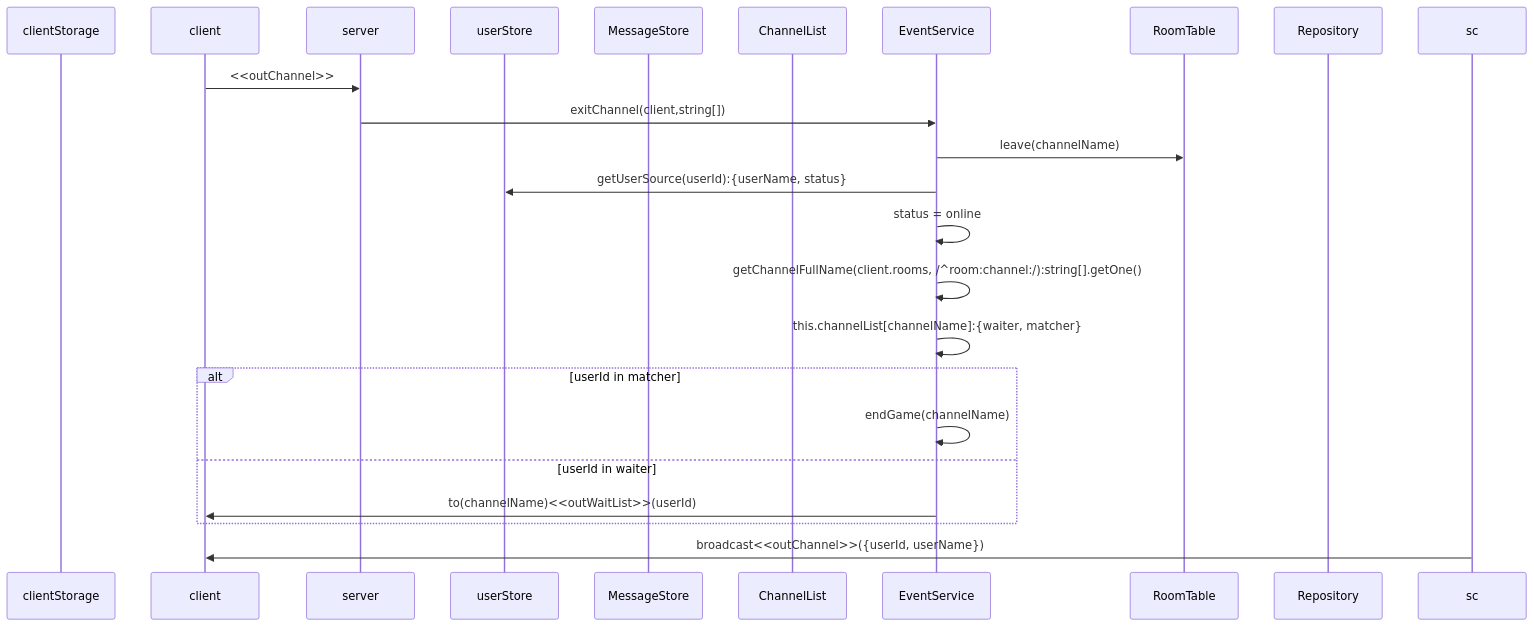
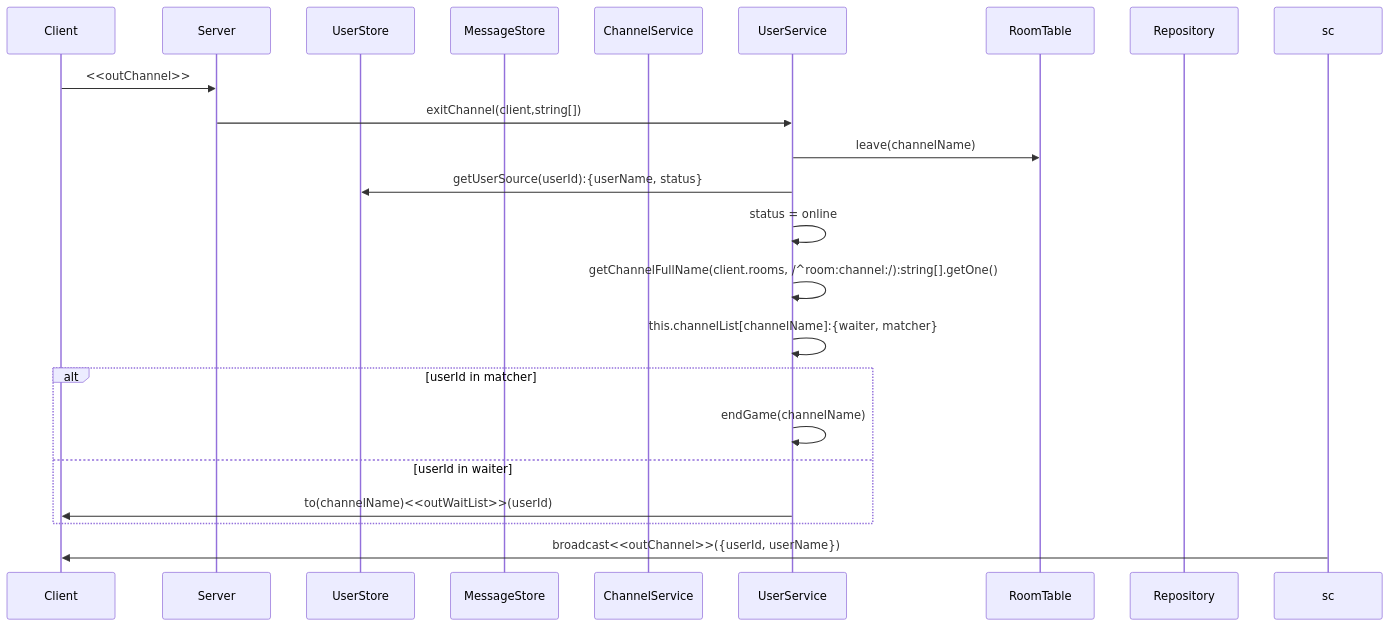
The fourth of 20 diagrams in backend/node/app/event.md (mtak0235/simmons_transcendence), drawn with Mermaid before and after one commit. The commit also changed other lines of this file, not shown here.

Commit message:
refactor: 백엔드 소켓 시퀀스 다이어그램 순서 정리 & 요청 응답 값 구체화

````diff
--- a/backend/node/app/event.md
+++ b/backend/node/app/event.md
@@ -128,26 +226,25 @@
 ```mermaid
 sequenceDiagram
-participant cls as clientStorage
-participant c as client
-participant ga as server
-participant ss as userStore
+participant c as Client
+participant ga as Server
+participant ss as UserStore
 participant ms as MessageStore
-participant cns as ChannelList
-participant cs as EventService
+participant cns as ChannelService
+participant us as UserService
 participant rt as RoomTable
 participant r as Repository
 
 c->>ga: <<outChannel>>
-ga->>cs: exitChannel(client,string[])
-cs->>rt: leave(channelName)
-cs->>ss: getUserSource(userId):{userName, status}
-cs->>cs: status = online
-cs->>cs: getChannelFullName(client.rooms, /^room:channel:/):string[].getOne()
-cs->>cs: this.channelList[channelName]:{waiter, matcher}
+ga->>us: exitChannel(client,string[])
+us->>rt: leave(channelName)
+us->>ss: getUserSource(userId):{userName, status}
+us->>us: status = online
+us->>us: getChannelFullName(client.rooms, /^room:channel:/):string[].getOne()
+us->>us: this.channelList[channelName]:{waiter, matcher}
 alt userId in matcher
-cs->>cs: endGame(channelName)
+us->>us: endGame(channelName)
 else userId in waiter
-cs->>c: to(channelName)<<outWaitList>>(userId)
+us->>c: to(channelName)<<outWaitList>>(userId)
 end
 sc->>c: broadcast<<outChannel>>({userId, userName})
 ```
````
